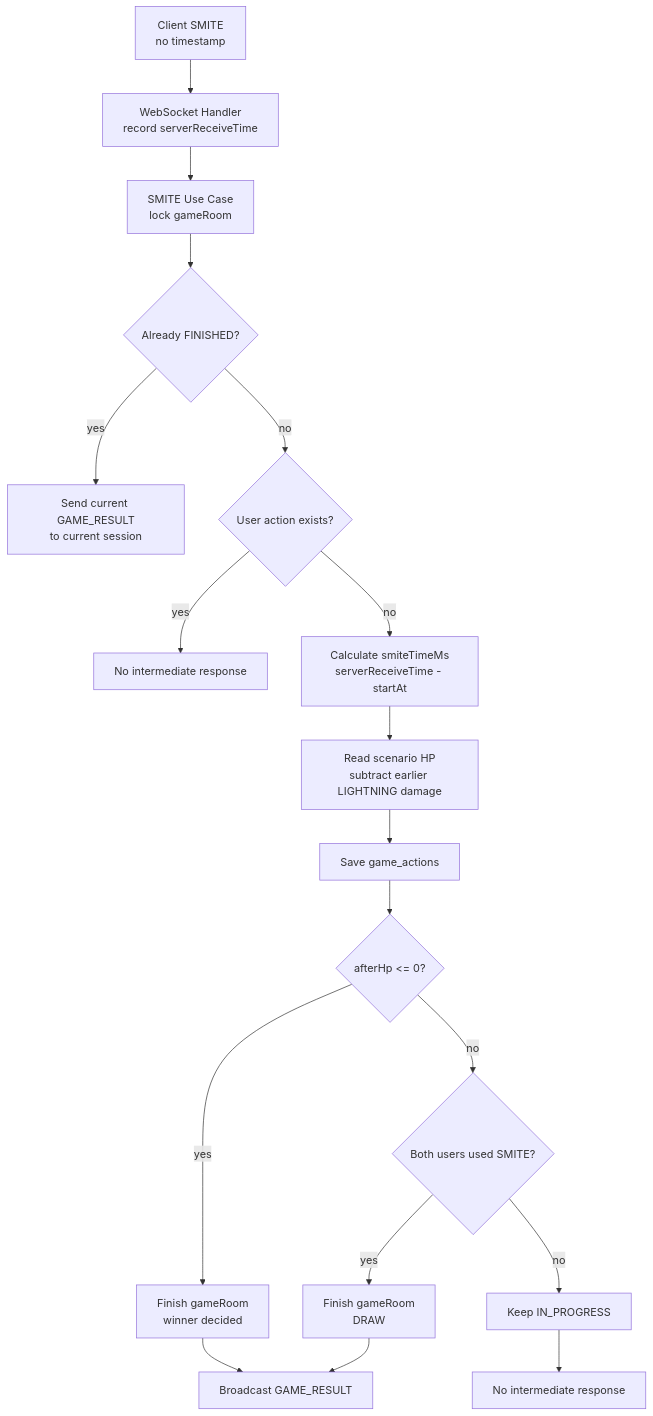
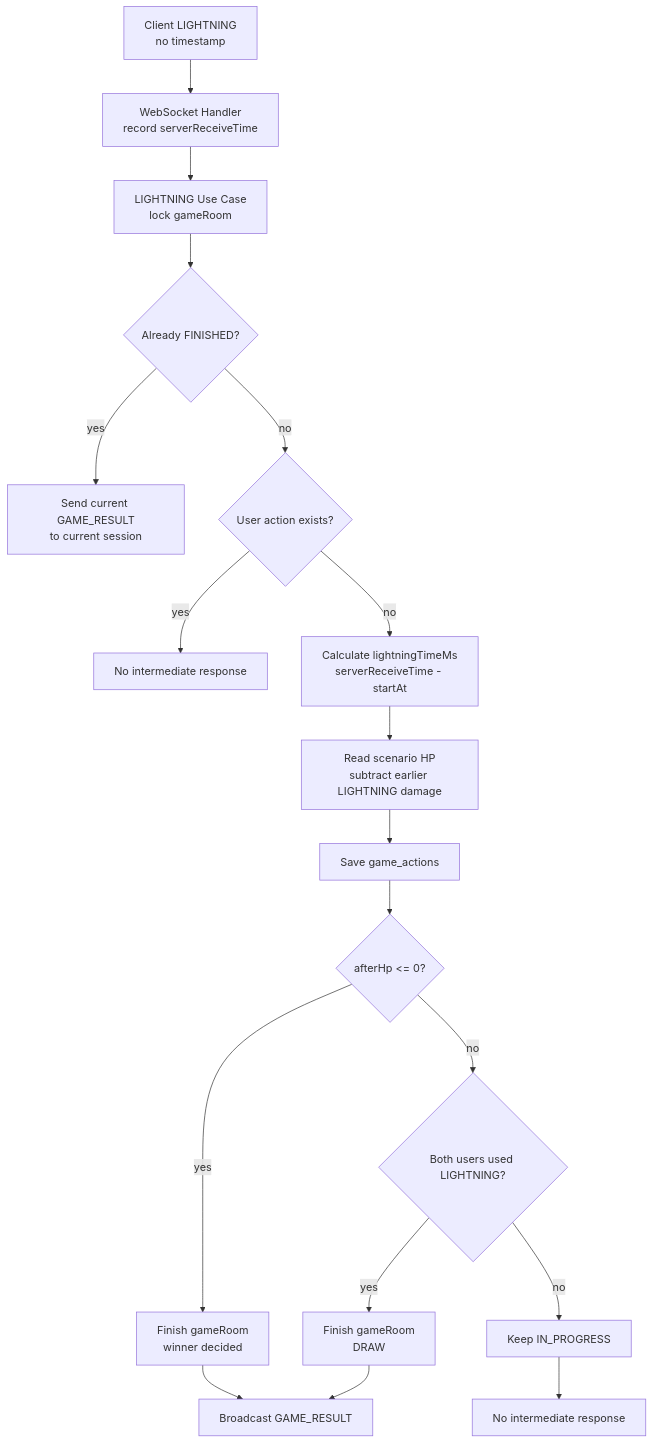
Before and after one commit to moonwhistle/League-of-Star: the second of 5 diagrams in docs/antigravity/backend/issue-48-smite-input-server-judgement.md, drawn with Mermaid. The commit also changed other lines of this file and 70 other files, not shown here.

````diff
--- a/docs/antigravity/backend/issue-48-smite-input-server-judgement.md
+++ b/docs/antigravity/backend/issue-48-smite-input-server-judgement.md
@@ -295,20 +295,20 @@
 ```mermaid
 flowchart TD
-    A[Client SMITE<br/>no timestamp] --> B[WebSocket Handler<br/>record serverReceiveTime]
-    B --> C[SMITE Use Case<br/>lock gameRoom]
+    A[Client LIGHTNING<br/>no timestamp] --> B[WebSocket Handler<br/>record serverReceiveTime]
+    B --> C[LIGHTNING Use Case<br/>lock gameRoom]
     C --> D{Already FINISHED?}
     D -->|yes| E[Send current GAME_RESULT<br/>to current session]
     D -->|no| F{User action exists?}
     F -->|yes| G[No intermediate response]
-    F -->|no| H[Calculate smiteTimeMs<br/>serverReceiveTime - startAt]
+    F -->|no| H[Calculate lightningTimeMs<br/>serverReceiveTime - startAt]
     H --> I[Read scenario HP<br/>subtract earlier LIGHTNING damage]
     I --> J[Save game_actions]
     J --> K{afterHp <= 0?}
     K -->|yes| L[Finish gameRoom<br/>winner decided]
-    K -->|no| M{Both users used SMITE?}
+    K -->|no| M{Both users used LIGHTNING?}
     M -->|yes| N[Finish gameRoom<br/>DRAW]
     M -->|no| O[Keep IN_PROGRESS]
     L --> P[Broadcast GAME_RESULT]
     N --> P
     O --> Q[No intermediate response]
 ```
````
